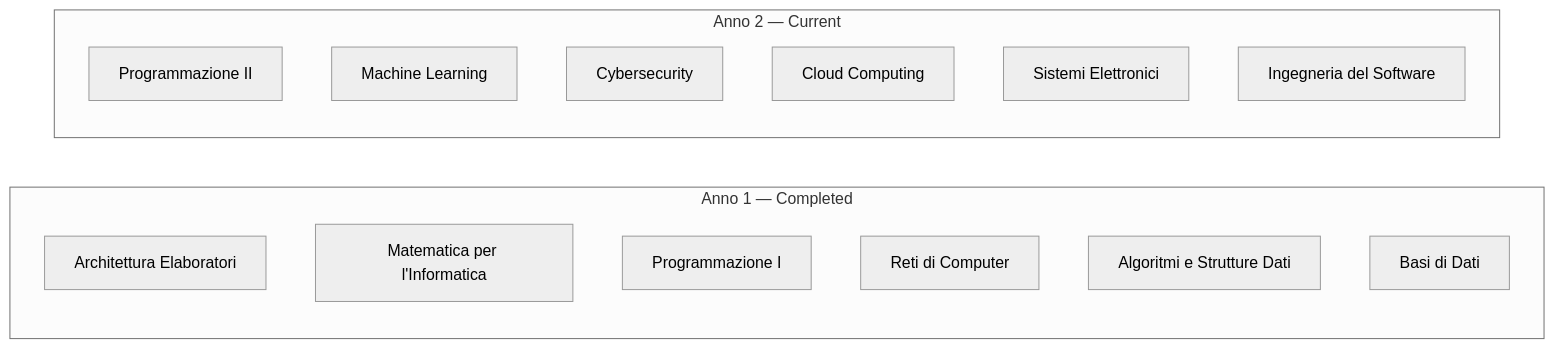
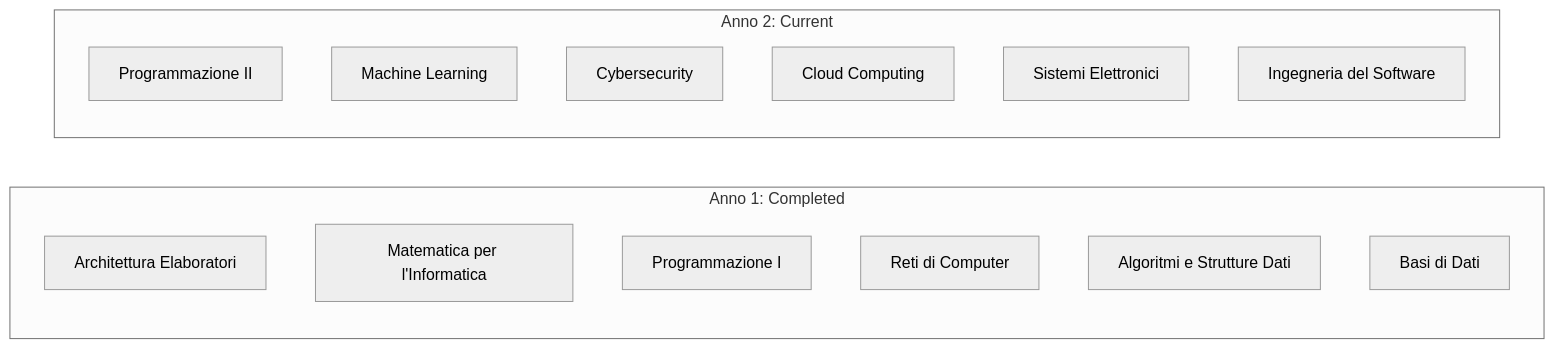
Before and after one commit to boluwajioadepojuworkp/study-notes: the second of 3 diagrams in content/agent-hub.md, drawn with Mermaid (neutral theme). The commit also changed other lines of this file and 66 other files, not shown here.

````diff
--- a/content/agent-hub.md
+++ b/content/agent-hub.md
@@ -145,20 +145,20 @@
 ```mermaid
 flowchart LR
-    subgraph YEAR1["Anno 1 — Completed"]
+    subgraph YEAR1["Anno 1: Completed"]
         A1["Architettura Elaboratori"]
         A2["Matematica per l'Informatica"]
         A3["Programmazione I"]
         A4["Reti di Computer"]
         A5["Algoritmi e Strutture Dati"]
         A6["Basi di Dati"]
     end
 
-    subgraph YEAR2["Anno 2 — Current"]
+    subgraph YEAR2["Anno 2: Current"]
         B1["Programmazione II"]
         B2["Machine Learning"]
         B3["Cybersecurity"]
         B4["Cloud Computing"]
         B5["Sistemi Elettronici"]
         B6["Ingegneria del Software"]
     end
 ```
````
